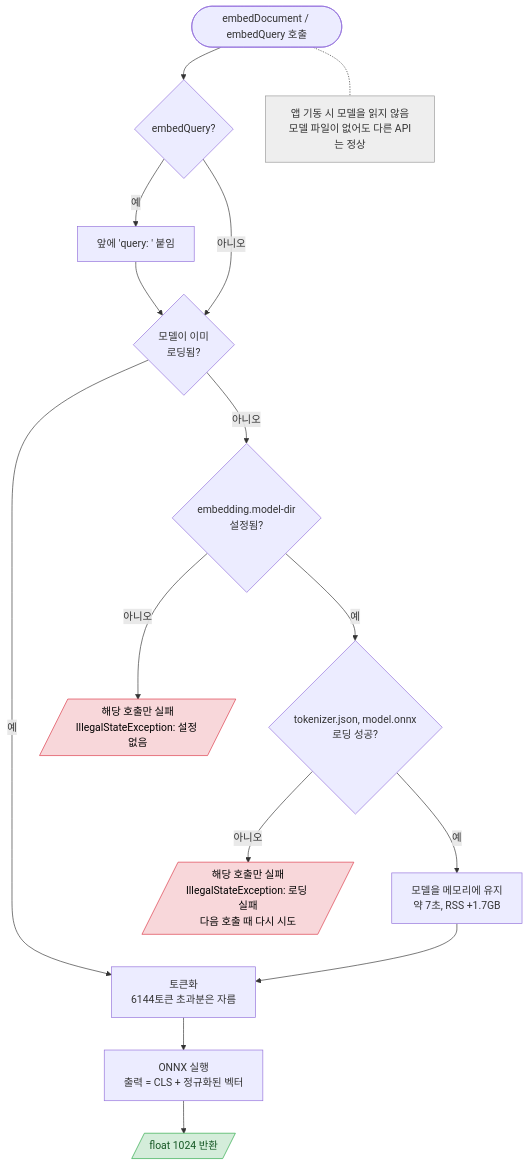
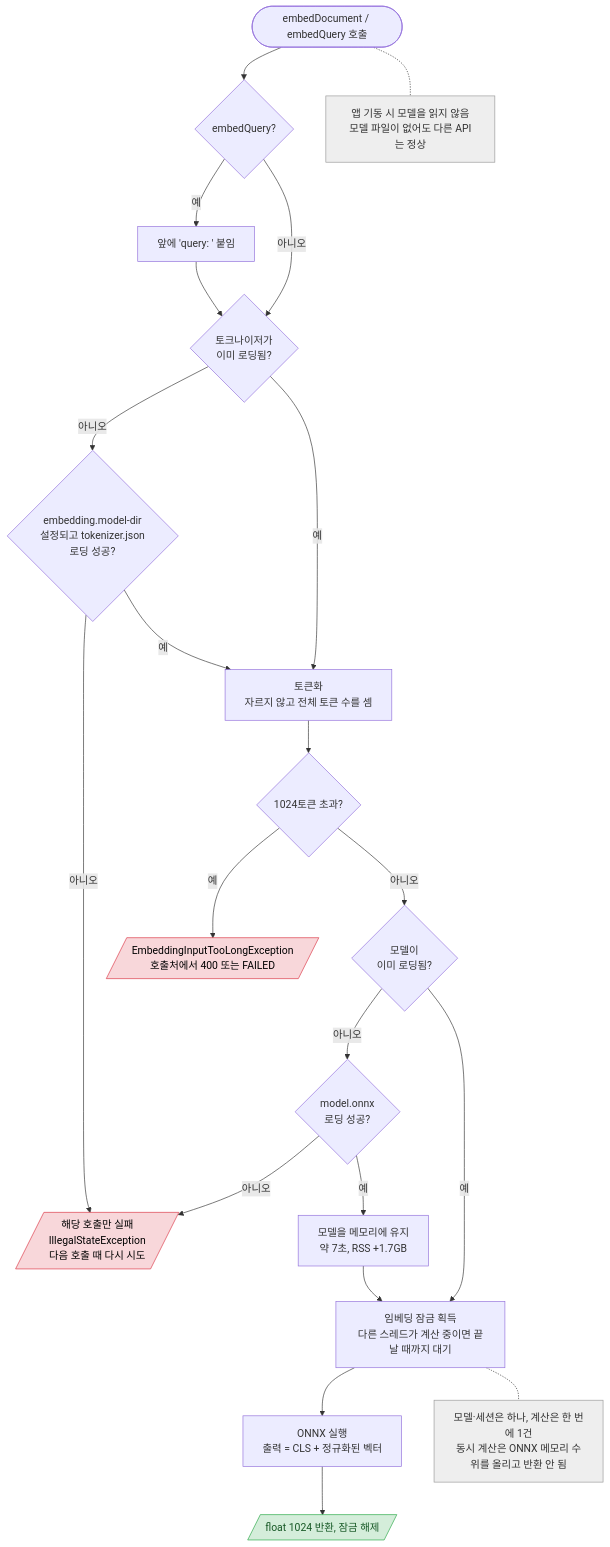
The diagram in project/verification/diagrams/10-embedding.md (Gaktsu/side_proejct1), drawn with Mermaid before and after one commit. The commit also changed other lines of this file and 39 other files, not shown here.

````diff
--- a/project/verification/diagrams/10-embedding.md
+++ b/project/verification/diagrams/10-embedding.md
@@ -5,25 +5,31 @@
 ```mermaid
 flowchart TD
     A([embedDocument / embedQuery 호출]) --> Q{embedQuery?}
     Q -- 예 --> P[앞에 'query: ' 붙임]
-    Q -- 아니오 --> R
-    P --> R{모델이 이미<br/>로딩됨?}
-    R -- 예 --> T[토큰화<br/>6144토큰 초과분은 자름]
-    R -- 아니오 --> S{embedding.model-dir<br/>설정됨?}
-    S -- 아니오 --> RNOCFG[/해당 호출만 실패<br/>IllegalStateException: 설정 없음/]
-    S -- 예 --> L{tokenizer.json, model.onnx<br/>로딩 성공?}
-    L -- 아니오 --> RLOAD[/해당 호출만 실패<br/>IllegalStateException: 로딩 실패<br/>다음 호출 때 다시 시도/]
-    L -- 예 --> KEEP[모델을 메모리에 유지<br/>약 7초, RSS +1.7GB]
-    KEEP --> T
-    T --> RUN[ONNX 실행<br/>출력 = CLS + 정규화된 벡터]
-    RUN --> ROK[/float 1024 반환/]
+    Q -- 아니오 --> T
+    P --> T{토크나이저가<br/>이미 로딩됨?}
+    T -- 아니오 --> S{embedding.model-dir<br/>설정되고 tokenizer.json<br/>로딩 성공?}
+    S -- 아니오 --> RLOAD[/해당 호출만 실패<br/>IllegalStateException<br/>다음 호출 때 다시 시도/]
+    S -- 예 --> ENC
+    T -- 예 --> ENC[토큰화<br/>자르지 않고 전체 토큰 수를 셈]
+    ENC --> LEN{1024토큰 초과?}
+    LEN -- 예 --> RLONG[/EmbeddingInputTooLongException<br/>호출처에서 400 또는 FAILED/]
+    LEN -- 아니오 --> M{모델이<br/>이미 로딩됨?}
+    M -- 아니오 --> ML{model.onnx<br/>로딩 성공?}
+    ML -- 아니오 --> RLOAD
+    ML -- 예 --> KEEP[모델을 메모리에 유지<br/>약 7초, RSS +1.7GB]
+    KEEP --> LOCK
+    M -- 예 --> LOCK[임베딩 잠금 획득<br/>다른 스레드가 계산 중이면 끝날 때까지 대기]
+    LOCK --> RUN[ONNX 실행<br/>출력 = CLS + 정규화된 벡터]
+    RUN --> ROK[/float 1024 반환, 잠금 해제/]
 
     A -.- N1[앱 기동 시 모델을 읽지 않음<br/>모델 파일이 없어도 다른 API는 정상]
+    LOCK -.- N2[모델·세션은 하나, 계산은 한 번에 1건<br/>동시 계산은 ONNX 메모리 수위를 올리고 반환 안 됨]
 
     classDef ok fill:#d4edda,stroke:#28a745,color:#155724
     classDef fail fill:#f8d7da,stroke:#dc3545,color:#000000
     classDef note fill:#eeeeee,stroke:#999999,color:#333333
     class ROK ok
-    class RNOCFG,RLOAD fail
-    class N1 note
+    class RLOAD,RLONG fail
+    class N1,N2 note
 ```
````
